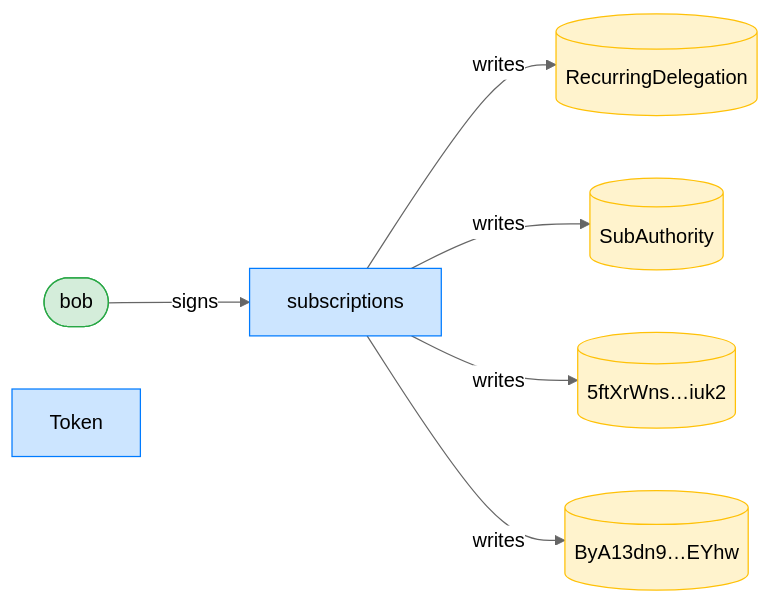
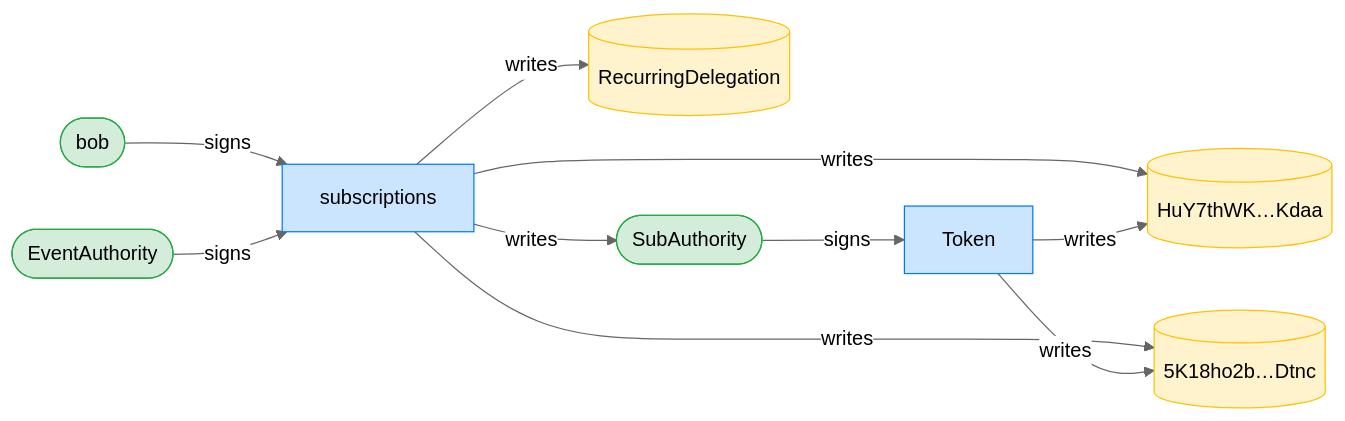
Diagram 11 of 12 in dsl_tests/recurring-transfer-within-the-drift-window-succeeds.md (cds-rs/subscriptions), drawn with Mermaid (neutral theme) before and after one commit. The commit also changed other lines of this file and 224 other files, not shown here.

````diff
--- a/dsl_tests/recurring-transfer-within-the-drift-window-succeeds.md
+++ b/dsl_tests/recurring-transfer-within-the-drift-window-succeeds.md
@@ -214,18 +223,23 @@
 ```mermaid
 flowchart LR
     classDef signer fill:#d4edda,stroke:#28a745;
     classDef program fill:#cce5ff,stroke:#007bff;
     classDef writable fill:#fff3cd,stroke:#ffc107;
     subscriptions[subscriptions]:::program
     RecurringDelegation[(RecurringDelegation)]:::writable
-    SubAuthority[(SubAuthority)]:::writable
-    5ftXrWns_iuk2[("5ftXrWns…iuk2")]:::writable
-    ByA13dn9_EYhw[("ByA13dn9…EYhw")]:::writable
+    SubAuthority([SubAuthority]):::signer
+    HuY7thWK_Kdaa[("HuY7thWK…Kdaa")]:::writable
+    5K18ho2b_Dtnc[("5K18ho2b…Dtnc")]:::writable
     bob([bob]):::signer
     Token[Token]:::program
+    EventAuthority([EventAuthority]):::signer
     bob -->|signs| subscriptions
+    SubAuthority -->|signs| Token
+    EventAuthority -->|signs| subscriptions
     subscriptions -->|writes| RecurringDelegation
     subscriptions -->|writes| SubAuthority
-    subscriptions -->|writes| 5ftXrWns_iuk2
-    subscriptions -->|writes| ByA13dn9_EYhw
+    subscriptions -->|writes| HuY7thWK_Kdaa
+    subscriptions -->|writes| 5K18ho2b_Dtnc
+    Token -->|writes| HuY7thWK_Kdaa
+    Token -->|writes| 5K18ho2b_Dtnc
 ```
````
